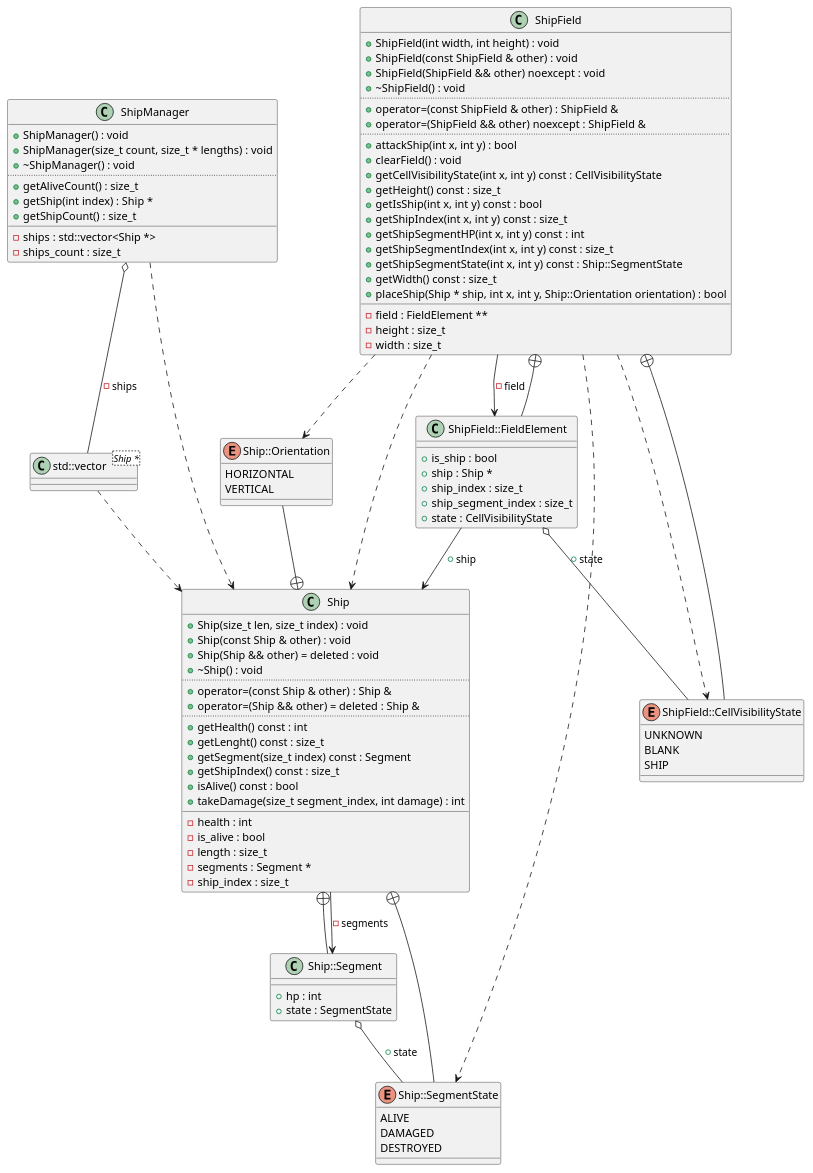
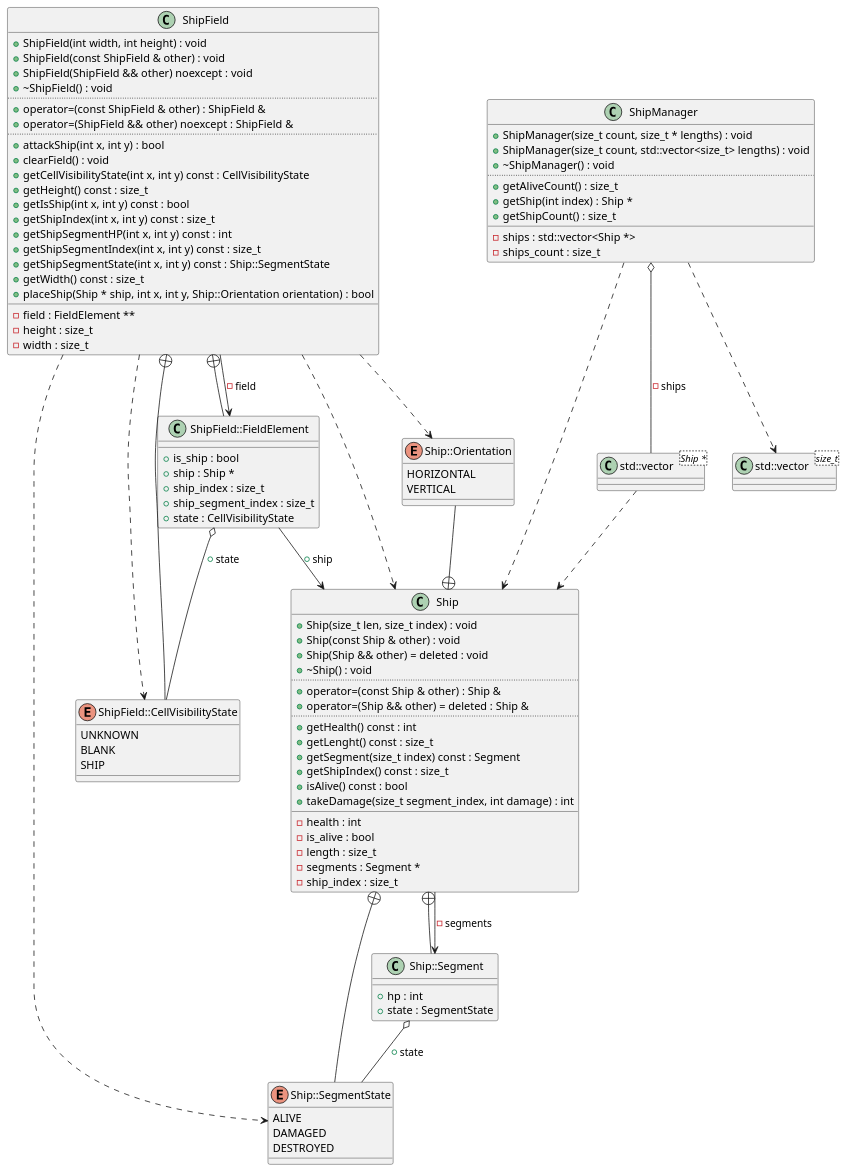
Before and after one commit to Rennelv/ships: the diagram in diagrams/main.puml, drawn with PlantUML. The commit also changed 7 other files, not shown here.

```diff
--- a/diagrams/main.puml
+++ b/diagrams/main.puml
@@ -1,120 +1,125 @@
 @startuml
+class "std::vector<size_t>" as C_0009048762651940375792
+class C_0009048762651940375792 {
+__
+}
 class "std::vector<Ship *>" as C_0007462257846685508834
 class C_0007462257846685508834 {
 __
 }
 class "Ship" as C_0014529657433315016423
 class C_0014529657433315016423 {
 +Ship(size_t len, size_t index) : void
 +Ship(const Ship & other) : void
 +Ship(Ship && other) = deleted : void
 +~Ship() : void
 ..
 +operator=(const Ship & other) : Ship &
 +operator=(Ship && other) = deleted : Ship &
 ..
 +getHealth() const : int
 +getLenght() const : size_t
 +getSegment(size_t index) const : Segment
 +getShipIndex() const : size_t
 +isAlive() const : bool
 +takeDamage(size_t segment_index, int damage) : int
 __
 -health : int
 -is_alive : bool
 -length : size_t
 -segments : Segment *
 -ship_index : size_t
 }
 enum "Ship::SegmentState" as C_0016593760204207859148
 enum C_0016593760204207859148 {
 ALIVE
 DAMAGED
 DESTROYED
 }
 class "Ship::Segment" as C_0000674658759292391449
 class C_0000674658759292391449 {
 __
 +hp : int
 +state : SegmentState
 }
 enum "Ship::Orientation" as C_0015200704647938469073
 enum C_0015200704647938469073 {
 HORIZONTAL
 VERTICAL
 }
 class "ShipField" as C_0003843296779074973901
 class C_0003843296779074973901 {
 +ShipField(int width, int height) : void
 +ShipField(const ShipField & other) : void
 +ShipField(ShipField && other) noexcept : void
 +~ShipField() : void
 ..
 +operator=(const ShipField & other) : ShipField &
 +operator=(ShipField && other) noexcept : ShipField &
 ..
 +attackShip(int x, int y) : bool
 +clearField() : void
 +getCellVisibilityState(int x, int y) const : CellVisibilityState
 +getHeight() const : size_t
 +getIsShip(int x, int y) const : bool
 +getShipIndex(int x, int y) const : size_t
 +getShipSegmentHP(int x, int y) const : int
 +getShipSegmentIndex(int x, int y) const : size_t
 +getShipSegmentState(int x, int y) const : Ship::SegmentState
 +getWidth() const : size_t
 +placeShip(Ship * ship, int x, int y, Ship::Orientation orientation) : bool
 __
 -field : FieldElement **
 -height : size_t
 -width : size_t
 }
 enum "ShipField::CellVisibilityState" as C_0014337503322603405869
 enum C_0014337503322603405869 {
 UNKNOWN
 BLANK
 SHIP
 }
 class "ShipField::FieldElement" as C_0000316359785794417378
 class C_0000316359785794417378 {
 __
 +is_ship : bool
 +ship : Ship *
 +ship_index : size_t
 +ship_segment_index : size_t
 +state : CellVisibilityState
 }
 class "ShipManager" as C_0017499122254539489506
 class C_0017499122254539489506 {
-+ShipManager() : void
 +ShipManager(size_t count, size_t * lengths) : void
++ShipManager(size_t count, std::vector<size_t> lengths) : void
 +~ShipManager() : void
 ..
 +getAliveCount() : size_t
 +getShip(int index) : Ship *
 +getShipCount() : size_t
 __
 -ships : std::vector<Ship *>
 -ships_count : size_t
 }
 C_0007462257846685508834 ..> C_0014529657433315016423
 C_0014529657433315016423 --> C_0000674658759292391449 : -segments
 C_0016593760204207859148 --+ C_0014529657433315016423
 C_0000674658759292391449 --+ C_0014529657433315016423
 C_0000674658759292391449 o-- C_0016593760204207859148 : +state
 C_0015200704647938469073 --+ C_0014529657433315016423
 C_0003843296779074973901 ..> C_0014337503322603405869
 C_0003843296779074973901 ..> C_0016593760204207859148
 C_0003843296779074973901 ..> C_0014529657433315016423
 C_0003843296779074973901 ..> C_0015200704647938469073
 C_0003843296779074973901 --> C_0000316359785794417378 : -field
 C_0014337503322603405869 --+ C_0003843296779074973901
 C_0000316359785794417378 --+ C_0003843296779074973901
 C_0000316359785794417378 o-- C_0014337503322603405869 : +state
 C_0000316359785794417378 --> C_0014529657433315016423 : +ship
+C_0017499122254539489506 ..> C_0009048762651940375792
 C_0017499122254539489506 ..> C_0014529657433315016423
 C_0017499122254539489506 o-- C_0007462257846685508834 : -ships
 
 'Generated with clang-uml, version 0.5.5
 'LLVM version clang version 18.1.8
 @enduml
```
